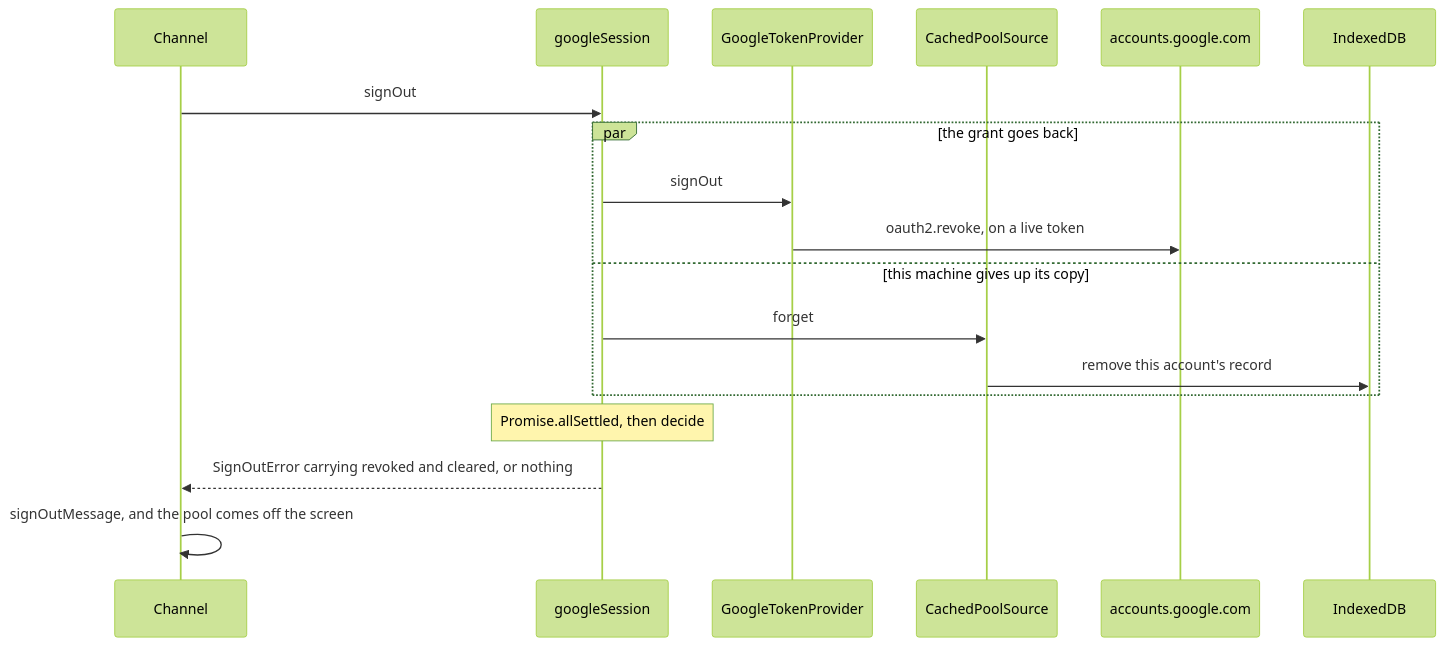
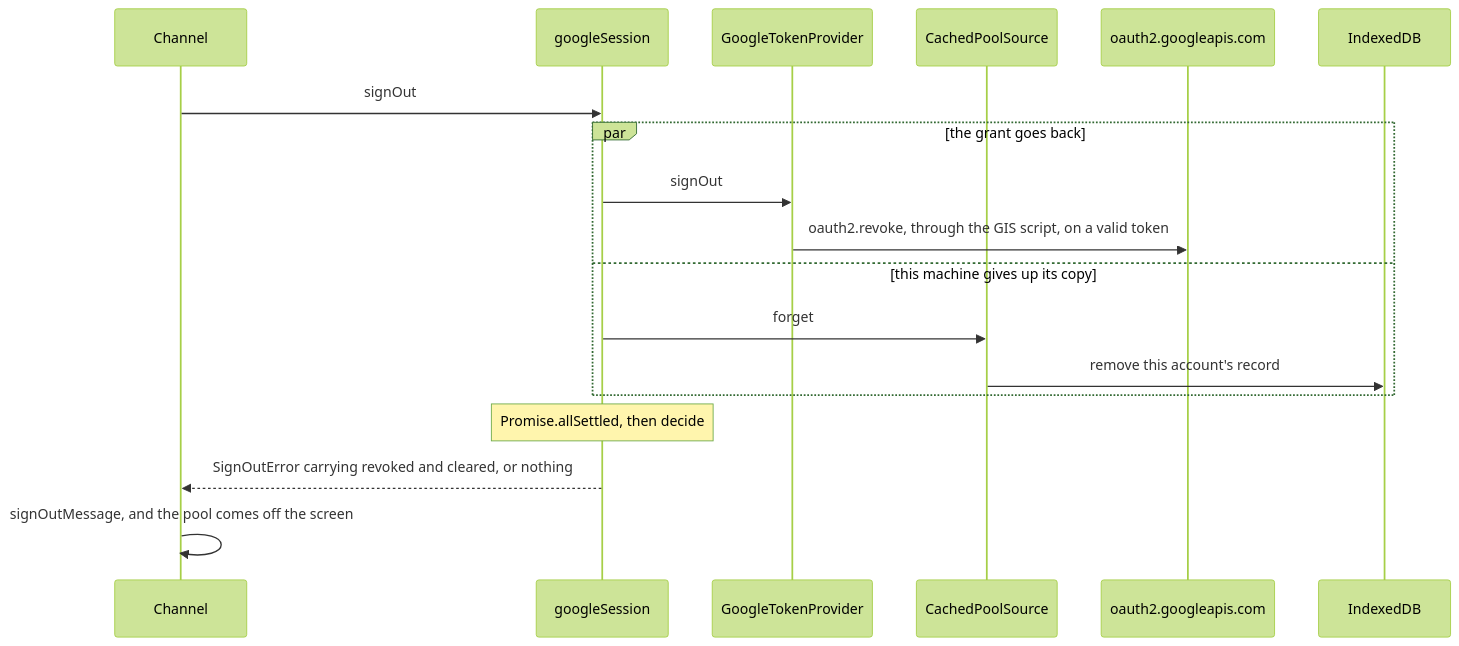
One commit to coolhandle01/telly changed the fifth of 5 diagrams in docs/architecture/components.md. Above: the diagram before and after it, drawn with Mermaid (forest theme). The commit also changed other lines of this file and 86 other files, not shown here.

````diff
--- a/docs/architecture/components.md
+++ b/docs/architecture/components.md
@@ -310,20 +310,20 @@
 ```mermaid
 sequenceDiagram
   participant C as Channel
   participant S as googleSession
   participant T as GoogleTokenProvider
   participant P as CachedPoolSource
-  participant G as accounts.google.com
+  participant G as oauth2.googleapis.com
   participant D as IndexedDB
   C->>S: signOut
   par the grant goes back
     S->>T: signOut
-    T->>G: oauth2.revoke, on a live token
+    T->>G: oauth2.revoke, through the GIS script, on a valid token
   and this machine gives up its copy
     S->>P: forget
     P->>D: remove this account's record
   end
   Note over S: Promise.allSettled, then decide
   S-->>C: SignOutError carrying revoked and cleared, or nothing
   C->>C: signOutMessage, and the pool comes off the screen
 ```
````
